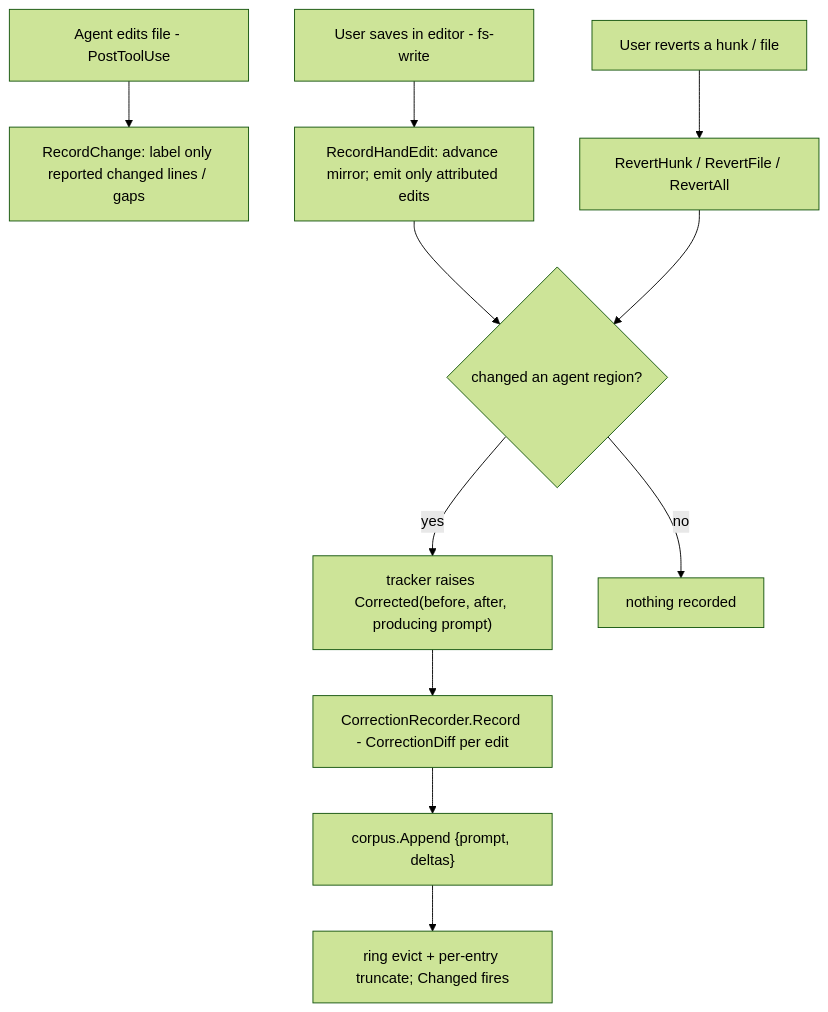
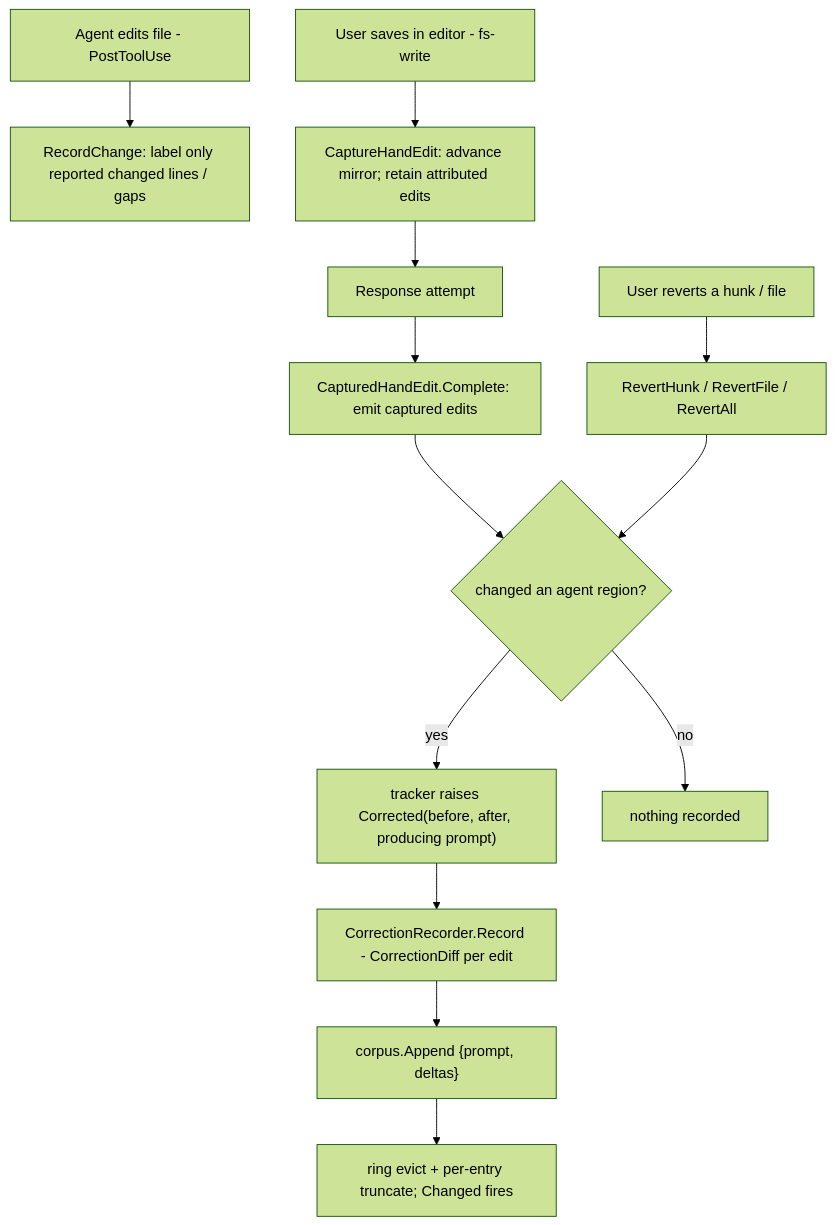
One commit to Kapps/weavie changed the first of 2 diagrams in docs/specs/learn-from-corrections.md. Above: the diagram before and after it, drawn with Mermaid (forest theme). The commit also changed other lines of this file and 40 other files, not shown here.

````diff
--- a/docs/specs/learn-from-corrections.md
+++ b/docs/specs/learn-from-corrections.md
@@ -93,13 +95,15 @@
 ```mermaid
 flowchart TD
   A[Agent edits file - PostToolUse] --> B["RecordChange: label only reported changed lines / gaps"]
-  S[User saves in editor - fs-write] --> C["RecordHandEdit: advance mirror; emit only attributed edits"]
+  S[User saves in editor - fs-write] --> C["CaptureHandEdit: advance mirror; retain attributed edits"]
+  C --> Q[Response attempt]
+  Q --> P["CapturedHandEdit.Complete: emit captured edits"]
   V[User reverts a hunk / file] --> W[RevertHunk / RevertFile / RevertAll]
-  C --> E{"changed an agent region?"}
+  P --> E{"changed an agent region?"}
   W --> E
   E -- yes --> F["tracker raises Corrected(before, after, producing prompt)"]
   F --> G[CorrectionRecorder.Record - CorrectionDiff per edit]
   G --> I["corpus.Append {prompt, deltas}"]
   I --> J[ring evict + per-entry truncate; Changed fires]
   E -- no --> K[nothing recorded]
 ```
````
